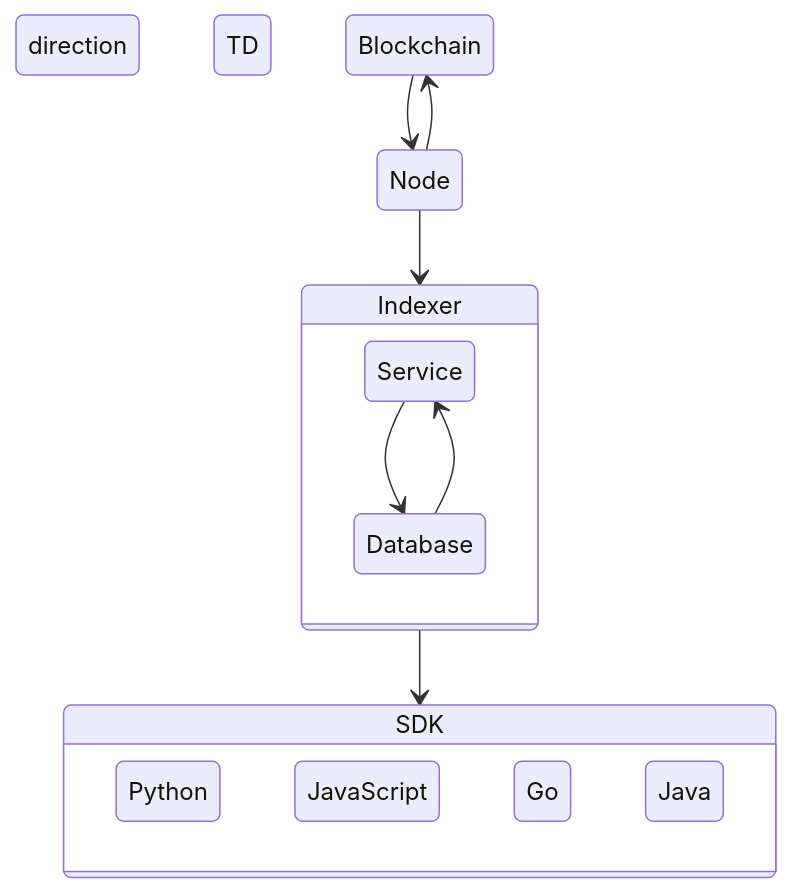
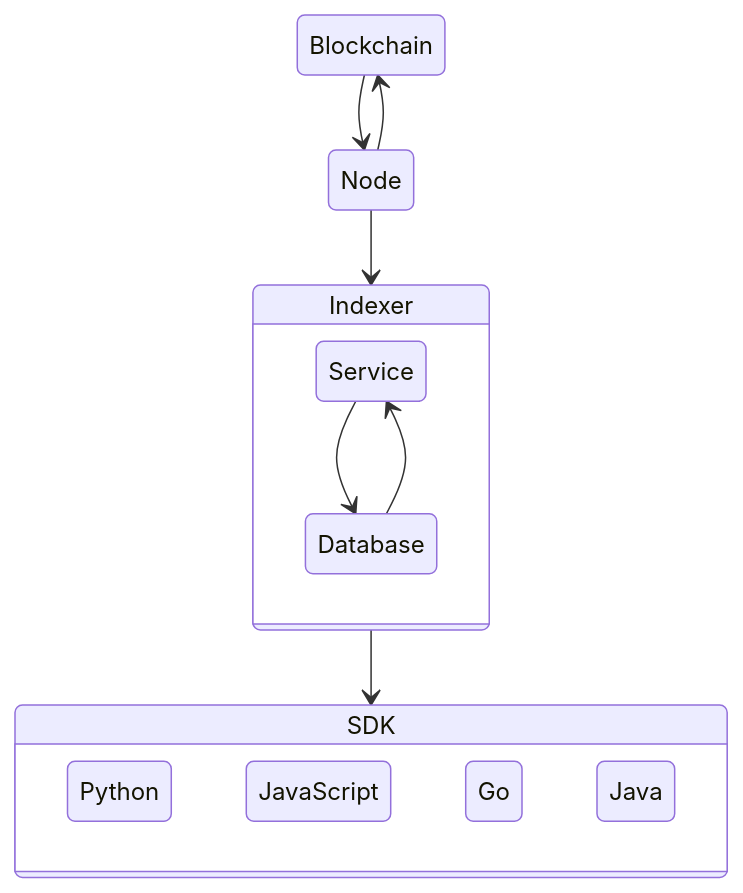
One commit to block-foundation/docker-algorand-node changed the diagram in README.md. Above: the diagram before and after it, drawn with Mermaid.

````diff
--- a/README.md
+++ b/README.md
@@ -24,18 +24,17 @@
 ``` mermaid
 stateDiagram
-    direction TD
     Blockchain --> Node
     Node --> Blockchain
     Node --> Indexer
     state Indexer {
       Service --> Database
       Database --> Service
     }
     Indexer --> SDK
     state SDK {
       Python
       JavaScript
       Go
       Java
     }
 ```
````
